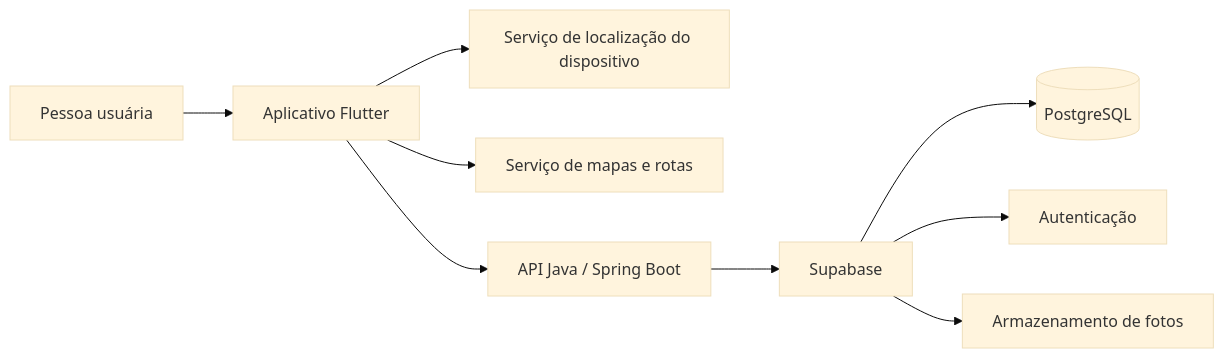
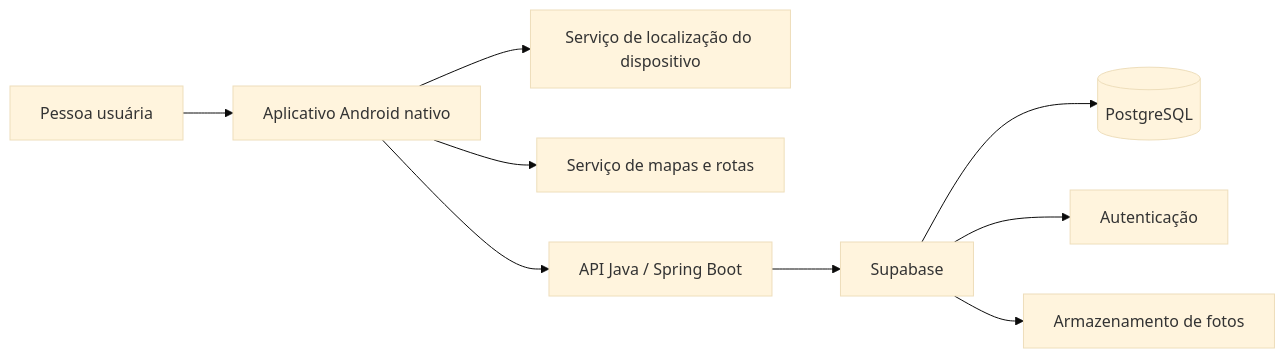
One commit to boregs/mao-na-roda changed the diagram in docs/05-tech-stack.md. Above: the diagram before and after it, drawn with Mermaid (base theme). The commit also changed other lines of this file and 4 other files, not shown here.

Commit message:
docs: atualiza documentação para Android nativo

````diff
--- a/docs/05-tech-stack.md
+++ b/docs/05-tech-stack.md
@@ -19,11 +19,11 @@
 ```mermaid
 flowchart LR
-    U[Pessoa usuária] --> A[Aplicativo Flutter]
+    U[Pessoa usuária] --> A[Aplicativo Android nativo]
     A --> L[Serviço de localização do dispositivo]
     A --> M[Serviço de mapas e rotas]
     A --> B[API Java / Spring Boot]
     B --> S[Supabase]
     S --> D[(PostgreSQL)]
     S --> AU[Autenticação]
     S --> F[Armazenamento de fotos]
 ```
````
